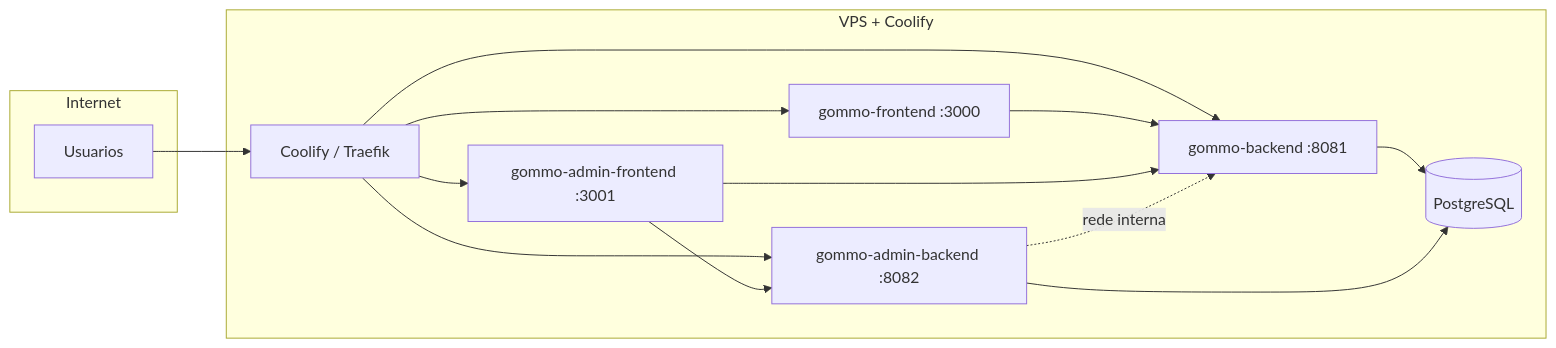
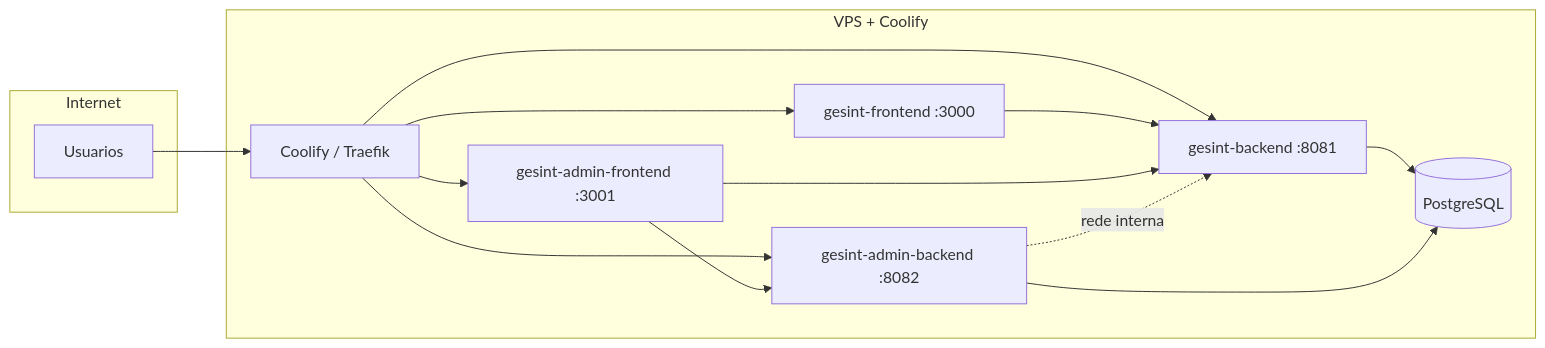
One commit to gesintdev/gesint changed the diagram in infra/coolify/README.md. Above: the diagram before and after it, drawn with Mermaid. The commit also changed other lines of this file and 4431 other files, not shown here.

First line of the commit message:
chore: rebrand Gommo to Gesint for production cutover

````diff
--- a/infra/coolify/README.md
+++ b/infra/coolify/README.md
@@ -11,25 +11,25 @@
 ```mermaid
 flowchart LR
   subgraph internet [Internet]
     U[Usuarios]
   end
   subgraph vps [VPS + Coolify]
     C[Coolify / Traefik]
-    HR[gommo-frontend :3000]
-    ADM[gommo-admin-frontend :3001]
-    API[gommo-backend :8081]
-    AAPI[gommo-admin-backend :8082]
+    HR[gesint-frontend :3000]
+    ADM[gesint-admin-frontend :3001]
+    API[gesint-backend :8081]
+    AAPI[gesint-admin-backend :8082]
     PG[(PostgreSQL)]
   end
   U --> C
   C --> HR
   C --> ADM
   C --> API
   C --> AAPI
   HR --> API
   ADM --> AAPI
   ADM --> API
   API --> PG
   AAPI --> PG
   AAPI -.->|rede interna| API
 ```
````
